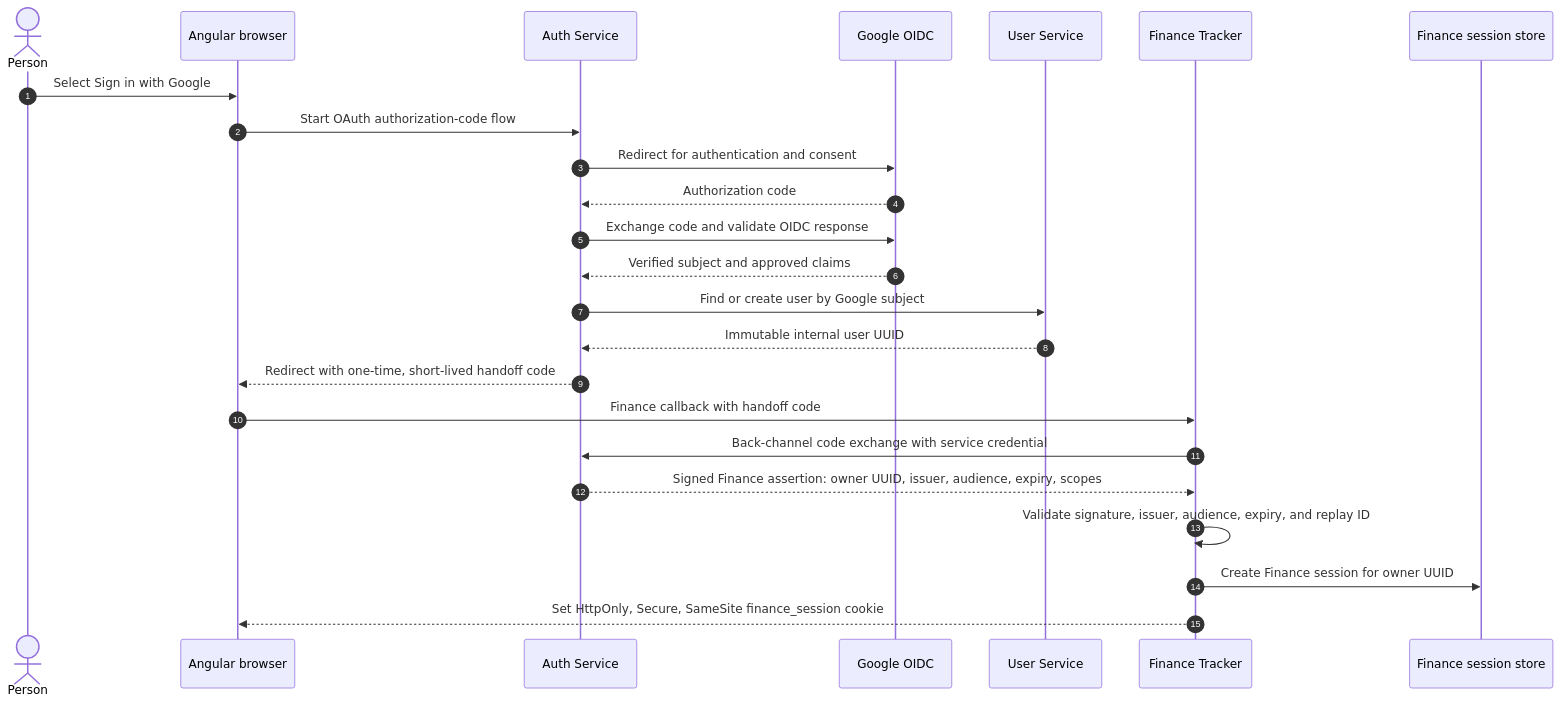
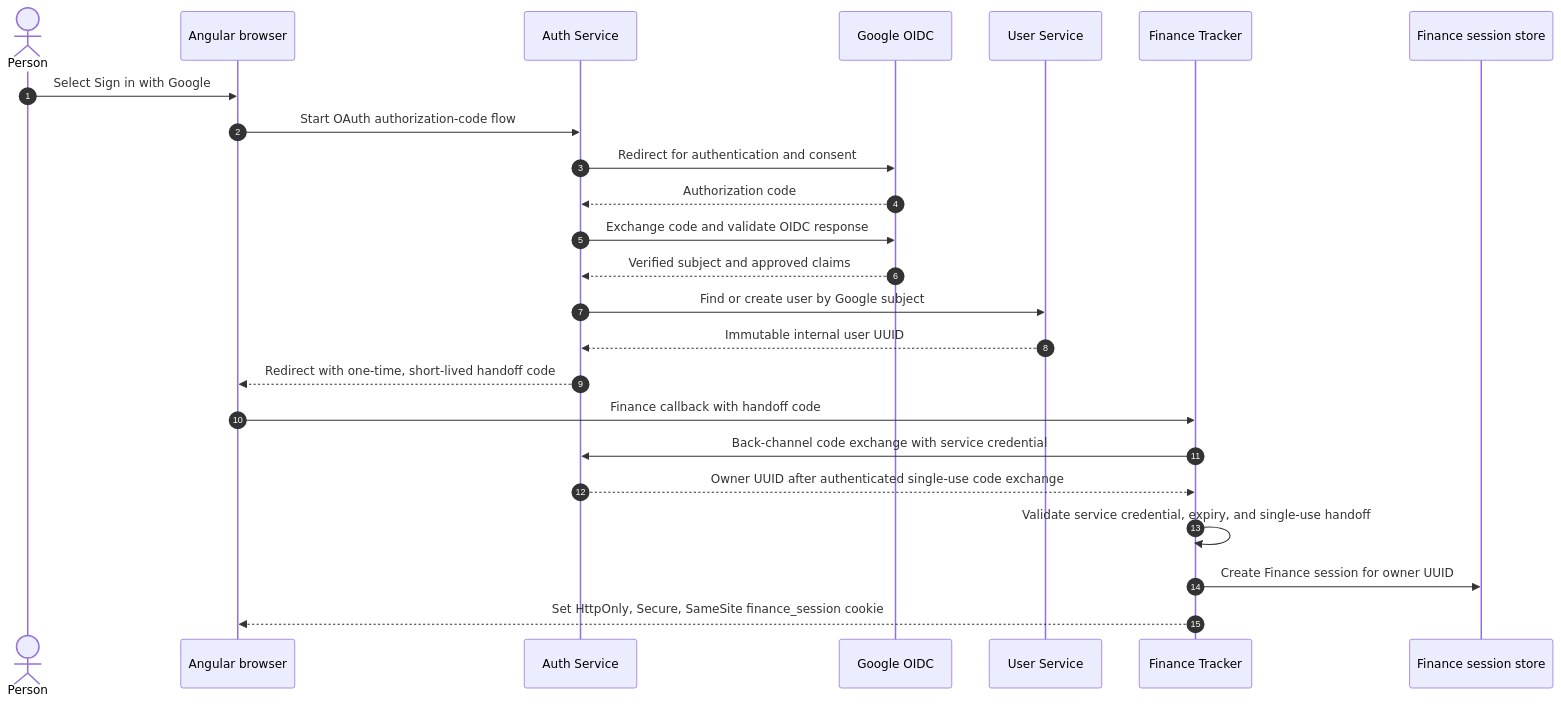
The second of 4 diagrams in docs/V7_AUTHENTICATION_AND_AUTHORIZATION_DESIGN.md (prprathikantam1991/personal-finance-tracker), drawn with Mermaid before and after one commit. The commit also changed other lines of this file and 8 other files, not shown here.

Commit message:
feat: add finance auth handoff sessions

````diff
--- a/docs/V7_AUTHENTICATION_AND_AUTHORIZATION_DESIGN.md
+++ b/docs/V7_AUTHENTICATION_AND_AUTHORIZATION_DESIGN.md
@@ -69,27 +69,27 @@
 ```mermaid
 sequenceDiagram
     autonumber
     actor P as Person
     participant B as Angular browser
     participant A as Auth Service
     participant G as Google OIDC
     participant U as User Service
     participant F as Finance Tracker
     participant S as Finance session store
 
     P->>B: Select Sign in with Google
     B->>A: Start OAuth authorization-code flow
     A->>G: Redirect for authentication and consent
     G-->>A: Authorization code
     A->>G: Exchange code and validate OIDC response
     G-->>A: Verified subject and approved claims
     A->>U: Find or create user by Google subject
     U-->>A: Immutable internal user UUID
     A-->>B: Redirect with one-time, short-lived handoff code
     B->>F: Finance callback with handoff code
     F->>A: Back-channel code exchange with service credential
-    A-->>F: Signed Finance assertion: owner UUID, issuer, audience, expiry, scopes
-    F->>F: Validate signature, issuer, audience, expiry, and replay ID
+    A-->>F: Owner UUID after authenticated single-use code exchange
+    F->>F: Validate service credential, expiry, and single-use handoff
     F->>S: Create Finance session for owner UUID
     F-->>B: Set HttpOnly, Secure, SameSite finance_session cookie
 ```
````
